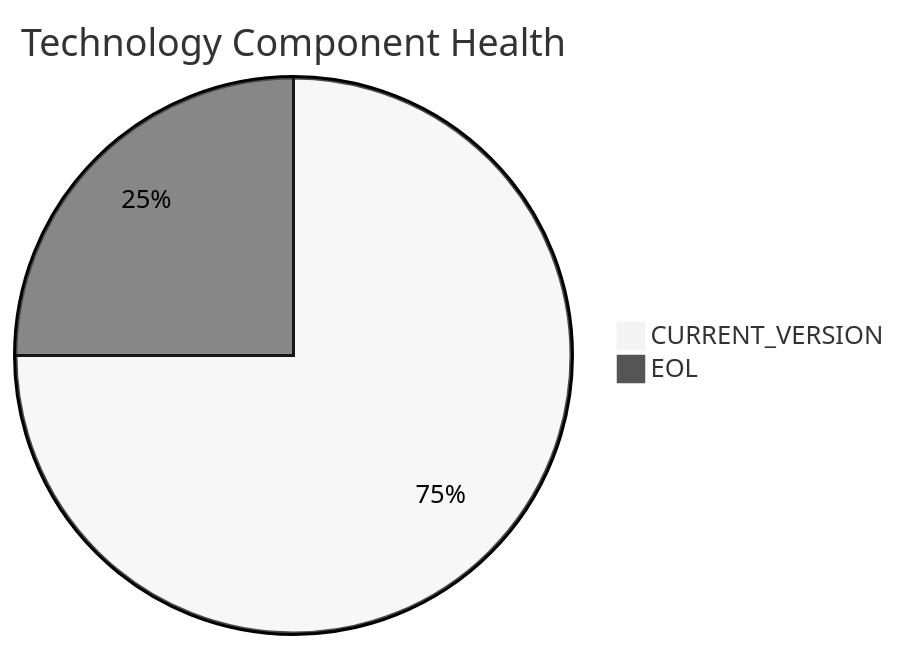
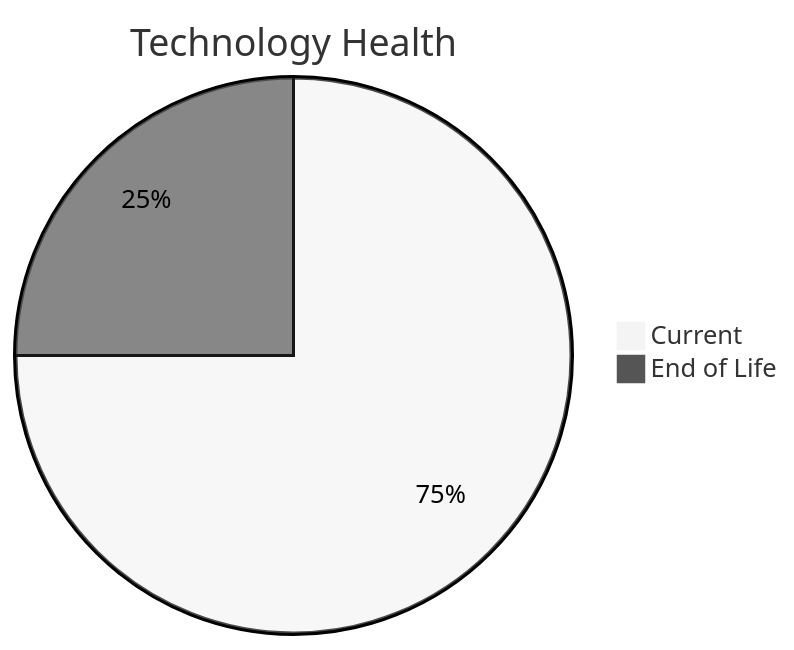
One commit to ktruchcz/copilot-test-ktruchcz changed the diagram in discover/output/reports/apps/app010.md. Above: the diagram before and after it, drawn with Mermaid (neutral theme). The commit also changed other lines of this file and 227 other files, not shown here.

````diff
--- a/discover/output/reports/apps/app010.md
+++ b/discover/output/reports/apps/app010.md
@@ -38,5 +32,5 @@
 ```mermaid
-pie title Technology Component Health
-    "CURRENT_VERSION" : 3
-    "EOL" : 1
+pie title Technology Health
+    "Current" : 3
+    "End of Life" : 1
 ```
````
